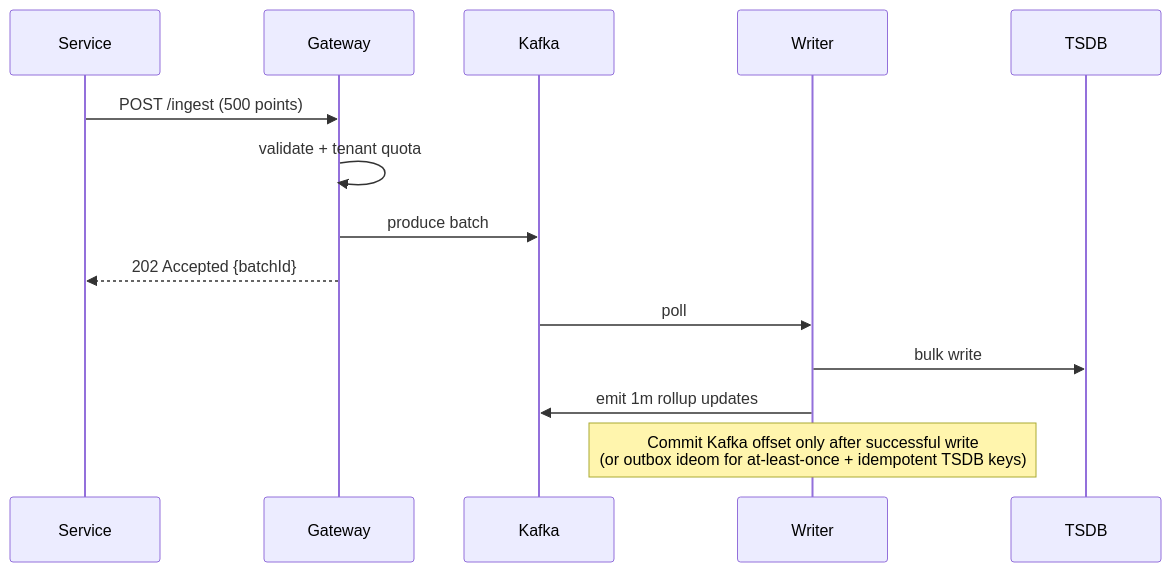
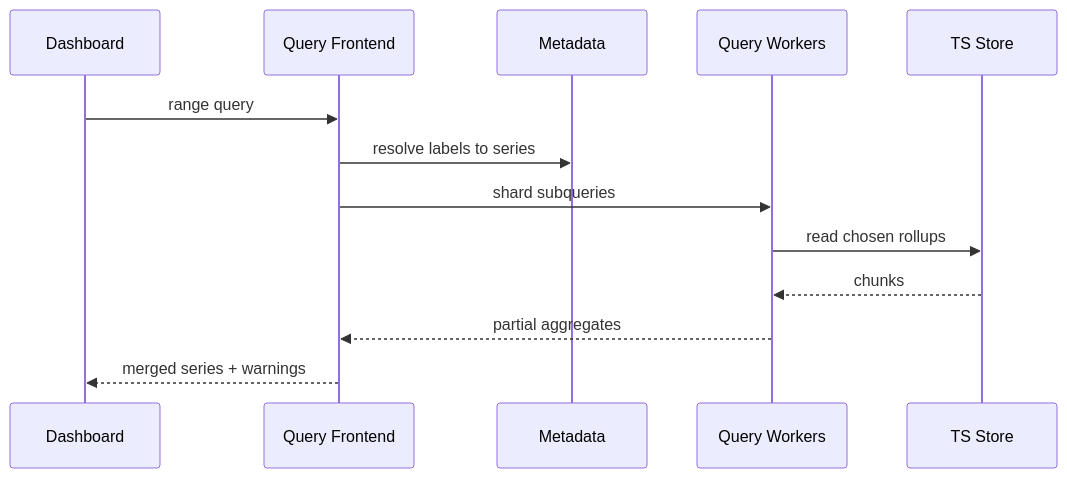
The tenth of 32 diagrams in system_design.md (Chirumamilla1522/c3-ai), drawn with Mermaid before and after one commit. The commit also changed other lines of this file and 1 other file, not shown here.

````diff
--- a/system_design.md
+++ b/system_design.md
@@ -968,17 +987,15 @@
 ```mermaid
 sequenceDiagram
-  participant S as Service
-  participant G as Gateway
-  participant K as Kafka
-  participant W as Writer
-  participant T as TSDB
-
-  S->>G: POST /ingest (500 points)
-  G->>G: validate + tenant quota
-  G->>K: produce batch
-  G-->>S: 202 Accepted {batchId}
-  K->>W: poll
-  W->>T: bulk write
-  W->>K: emit 1m rollup updates
-  Note over W: Commit Kafka offset only after successful write<br/>(or outbox ideom for at-least-once + idempotent TSDB keys)
+  participant U as Dashboard
+  participant Q as Query Frontend
+  participant M as Metadata
+  participant W as Query Workers
+  participant T as TS Store
+  U->>Q: range query
+  Q->>M: resolve labels to series
+  Q->>W: shard subqueries
+  W->>T: read chosen rollups
+  T-->>W: chunks
+  W-->>Q: partial aggregates
+  Q-->>U: merged series + warnings
 ```
````
